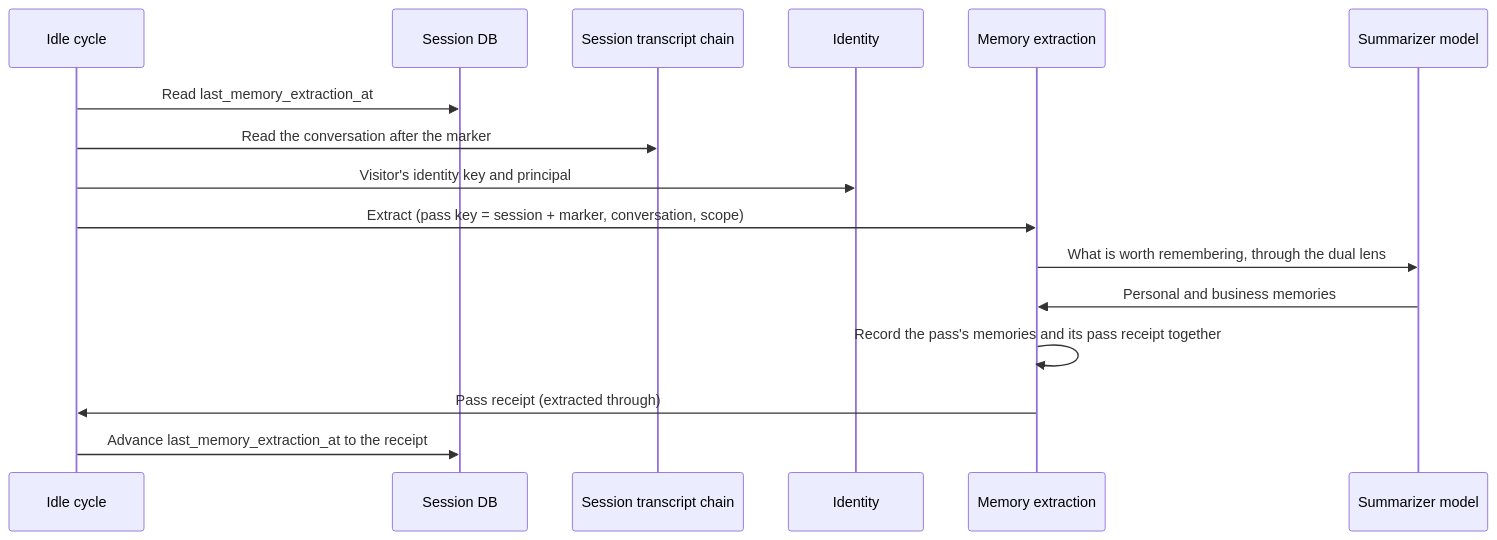
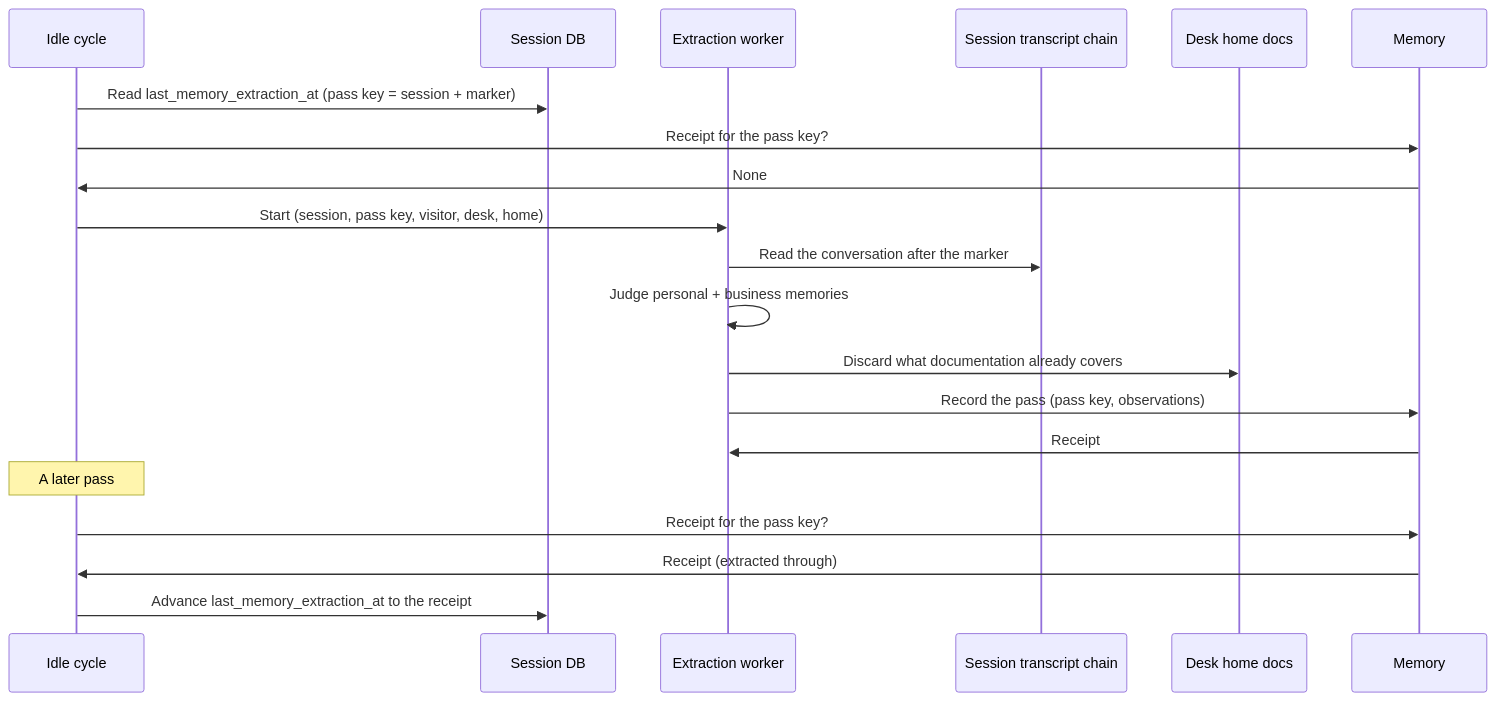
Before and after one commit to InstruktAI/TeleClaude: the tenth of 17 diagrams in docs/local/design/architecture/help-desk-platform.md, drawn with Mermaid. The commit also changed other lines of this file and 4 other files, not shown here.

First line of the commit message:
docs(memory): desk memories extracted by a worker and recorded as one gated pass [skip ci]

````diff
--- a/docs/local/design/architecture/help-desk-platform.md
+++ b/docs/local/design/architecture/help-desk-platform.md
@@ -806,19 +811,23 @@
 ```mermaid
 sequenceDiagram
     participant Cycle as Idle cycle
     participant DB as Session DB
+    participant Worker as Extraction worker
     participant Transcript as Session transcript chain
-    participant Identity as Identity
-    participant Memory as Memory extraction
-    participant Model as Summarizer model
+    participant Docs as Desk home docs
+    participant Memory as Memory
 
-    Cycle->>DB: Read last_memory_extraction_at
-    Cycle->>Transcript: Read the conversation after the marker
-    Cycle->>Identity: Visitor's identity key and principal
-    Cycle->>Memory: Extract (pass key = session + marker, conversation, scope)
-    Memory->>Model: What is worth remembering, through the dual lens
-    Model->>Memory: Personal and business memories
-    Memory->>Memory: Record the pass's memories and its pass receipt together
-    Memory->>Cycle: Pass receipt (extracted through)
+    Cycle->>DB: Read last_memory_extraction_at (pass key = session + marker)
+    Cycle->>Memory: Receipt for the pass key?
+    Memory->>Cycle: None
+    Cycle->>Worker: Start (session, pass key, visitor, desk, home)
+    Worker->>Transcript: Read the conversation after the marker
+    Worker->>Worker: Judge personal + business memories
+    Worker->>Docs: Discard what documentation already covers
+    Worker->>Memory: Record the pass (pass key, observations)
+    Memory->>Worker: Receipt
+    Note over Cycle: A later pass
+    Cycle->>Memory: Receipt for the pass key?
+    Memory->>Cycle: Receipt (extracted through)
     Cycle->>DB: Advance last_memory_extraction_at to the receipt
 ```
````
